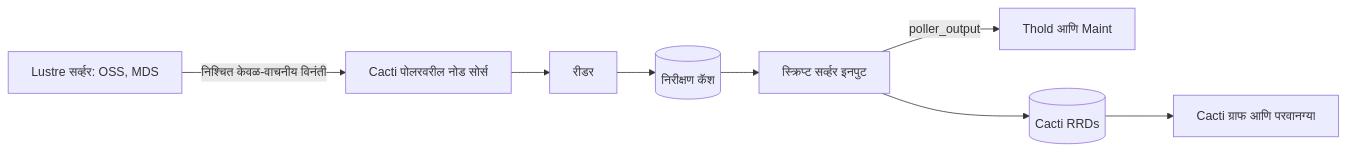
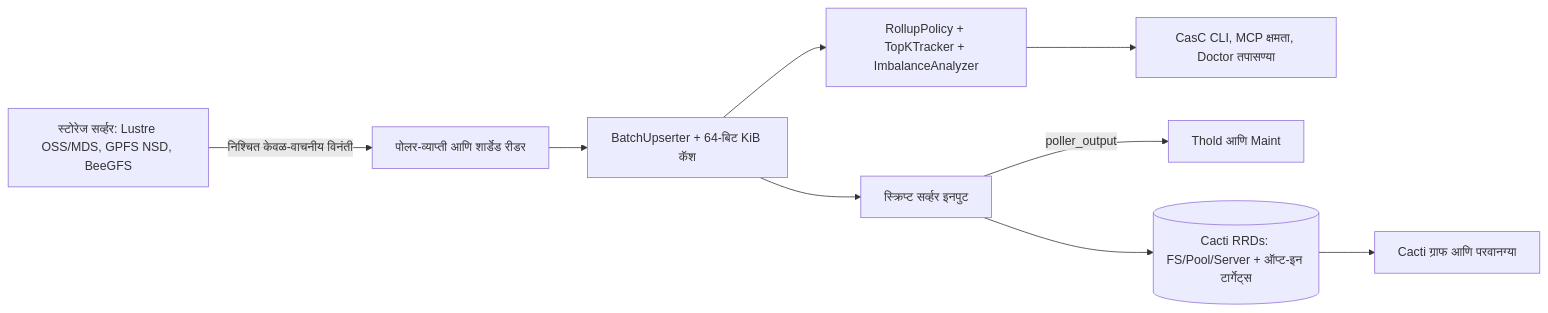
One commit to somethingwithproof/plugin_pfs changed the diagram in docs/i18n/mr-IN/README.md. Above: the diagram before and after it, drawn with Mermaid. The commit also changed other lines of this file and 47 other files, not shown here.

````diff
--- a/docs/i18n/mr-IN/README.md
+++ b/docs/i18n/mr-IN/README.md
@@ -64,10 +72,11 @@
 ```mermaid
 flowchart LR
-    N["Lustre सर्व्हर: OSS, MDS"] -->|निश्चित केवळ-वाचनीय विनंती| S["Cacti पोलरवरील नोड सोर्स"]
-    S --> R["रीडर"]
-    R --> C[("निरीक्षण कॅश")]
-    C --> SS["स्क्रिप्ट सर्व्हर इनपुट"]
+    N["स्टोरेज सर्व्हर: Lustre OSS/MDS, GPFS NSD, BeeGFS"] -->|निश्चित केवळ-वाचनीय विनंती| S["पोलर-व्याप्ती आणि शार्डेड रीडर"]
+    S --> B["BatchUpserter + 64-बिट KiB कॅश"]
+    B --> R["RollupPolicy + TopKTracker + ImbalanceAnalyzer"]
+    B --> SS["स्क्रिप्ट सर्व्हर इनपुट"]
+    R --> ECO["CasC CLI, MCP क्षमता, Doctor तपासण्या"]
     SS -->|poller_output| T["Thold आणि Maint"]
-    SS --> RRD[("Cacti RRDs")]
+    SS --> RRD[("Cacti RRDs: FS/Pool/Server + ऑप्ट-इन टार्गेट्स")]
     RRD --> G["Cacti ग्राफ आणि परवानग्या"]
 ```
````
